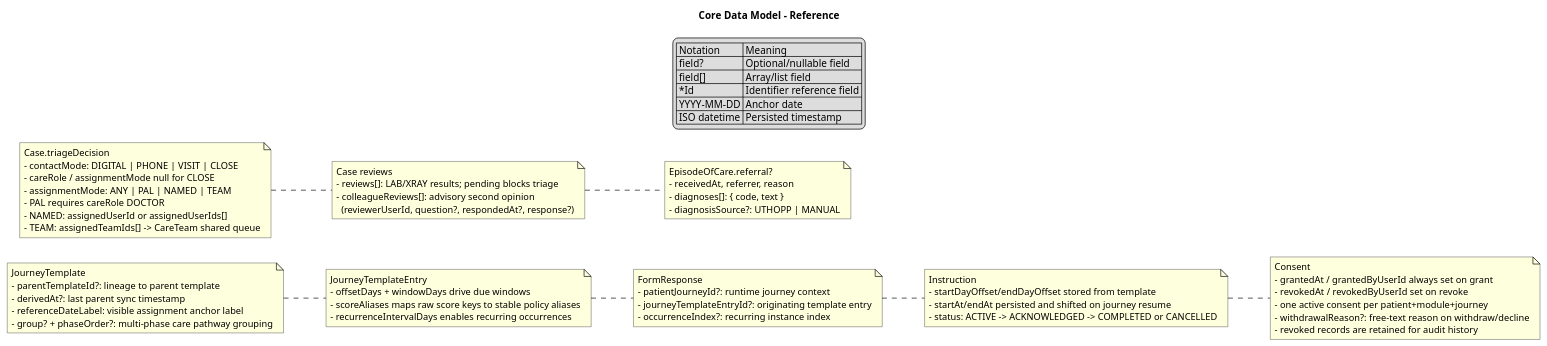
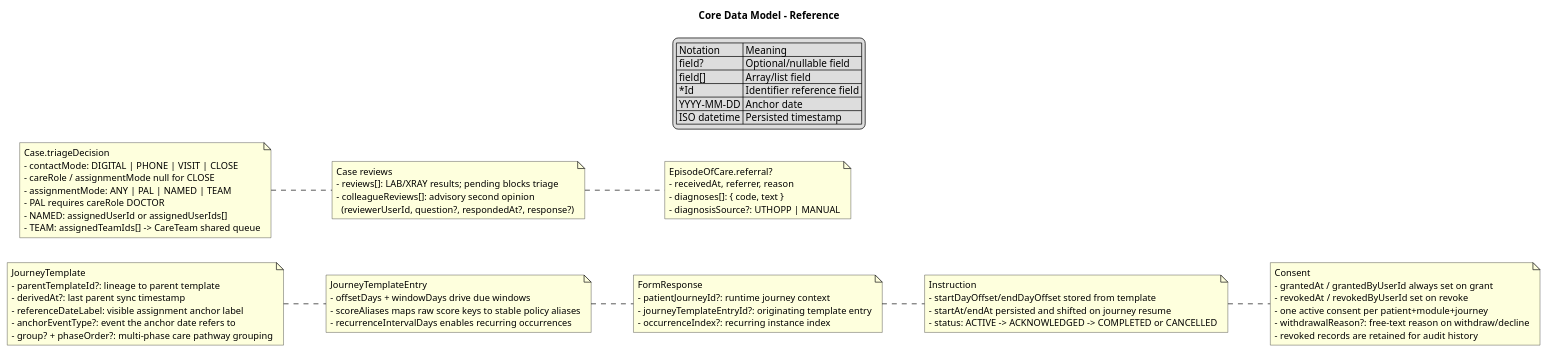
Before and after one commit to gforge/DUK: the diagram in docs/diagrams/core-data-model-reference.puml, drawn with PlantUML. The commit also changed 58 other files, not shown here.

First line of the commit message:
Anchor dashboard categories and waiting times on the triggering event

```diff
--- a/docs/diagrams/core-data-model-reference.puml
+++ b/docs/diagrams/core-data-model-reference.puml
@@ -1,94 +1,95 @@
 @startuml
 ' Purpose: Core Data Model - Reference examples
 ' Source of truth:
 '   src/api/schemas/journey.ts
 '   src/api/schemas/forms.ts
 '   src/api/schemas/case.ts
 '   src/api/schemas/team.ts
 '   src/api/service/researchConsents.ts
 
 title Core Data Model - Reference
 
 left to right direction
 skinparam shadowing false
 skinparam linetype ortho
 
 legend top
   | Notation | Meaning |
   | field? | Optional/nullable field |
   | field[] | Array/list field |
   | *Id | Identifier reference field |
   | YYYY-MM-DD | Anchor date |
   | ISO datetime | Persisted timestamp |
 endlegend
 
 note as JourneyTemplateRef
 JourneyTemplate
 - parentTemplateId?: lineage to parent template
 - derivedAt?: last parent sync timestamp
 - referenceDateLabel: visible assignment anchor label
+- anchorEventType?: event the anchor date refers to
 - group? + phaseOrder?: multi-phase care pathway grouping
 end note
 
 note as JourneyEntryRef
 JourneyTemplateEntry
 - offsetDays + windowDays drive due windows
 - scoreAliases maps raw score keys to stable policy aliases
 - recurrenceIntervalDays enables recurring occurrences
 end note
 
 note as FormResponseRef
 FormResponse
 - patientJourneyId?: runtime journey context
 - journeyTemplateEntryId?: originating template entry
 - occurrenceIndex?: recurring instance index
 end note
 
 note as ConsentRef
 Consent
 - grantedAt / grantedByUserId always set on grant
 - revokedAt / revokedByUserId set on revoke
 - one active consent per patient+module+journey
 - withdrawalReason?: free-text reason on withdraw/decline
 - revoked records are retained for audit history
 end note
 
 note as TriageDecisionRef
 Case.triageDecision
 - contactMode: DIGITAL | PHONE | VISIT | CLOSE
 - careRole / assignmentMode null for CLOSE
 - assignmentMode: ANY | PAL | NAMED | TEAM
 - PAL requires careRole DOCTOR
 - NAMED: assignedUserId or assignedUserIds[]
 - TEAM: assignedTeamIds[] -> CareTeam shared queue
 end note
 
 note as CaseReviewRef
 Case reviews
 - reviews[]: LAB/XRAY results; pending blocks triage
 - colleagueReviews[]: advisory second opinion
   (reviewerUserId, question?, respondedAt?, response?)
 end note
 
 note as ReferralRef
 EpisodeOfCare.referral?
 - receivedAt, referrer, reason
 - diagnoses[]: { code, text }
 - diagnosisSource?: UTHOPP | MANUAL
 end note
 
 note as InstructionRef
 Instruction
 - startDayOffset/endDayOffset stored from template
 - startAt/endAt persisted and shifted on journey resume
 - status: ACTIVE -> ACKNOWLEDGED -> COMPLETED or CANCELLED
 end note
 
 JourneyTemplateRef .. JourneyEntryRef
 JourneyEntryRef .. FormResponseRef
 FormResponseRef .. InstructionRef
 InstructionRef .. ConsentRef
 TriageDecisionRef .. CaseReviewRef
 CaseReviewRef .. ReferralRef
 
 @enduml
```
